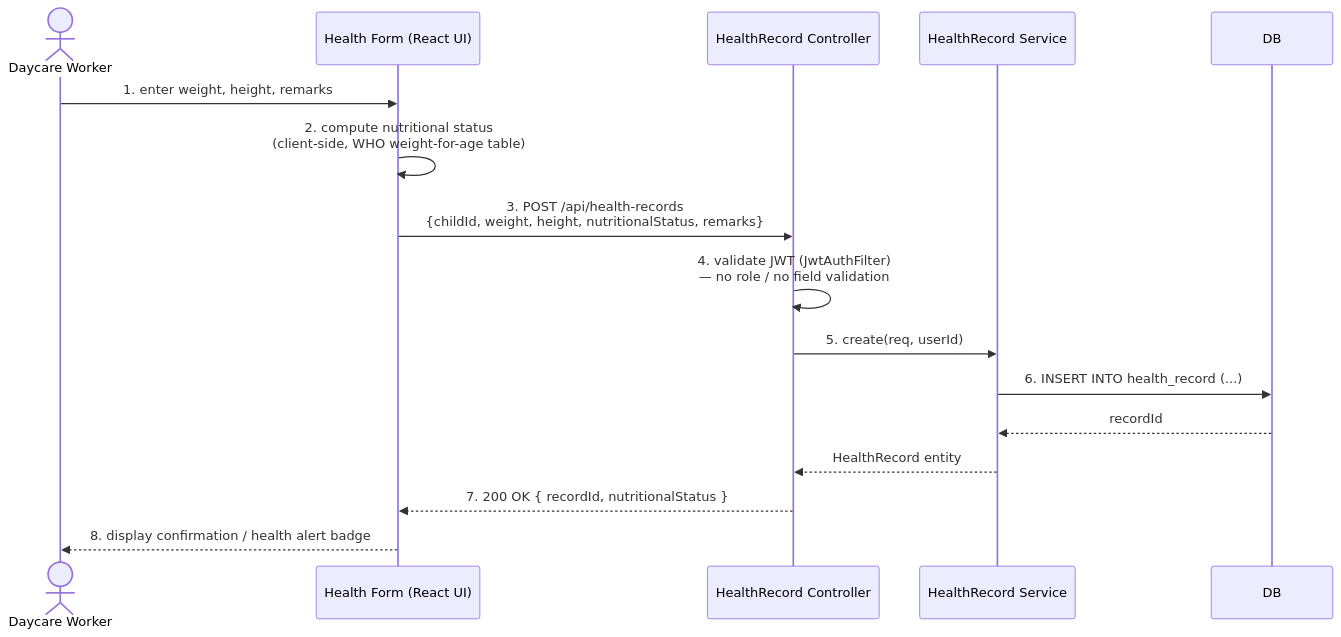
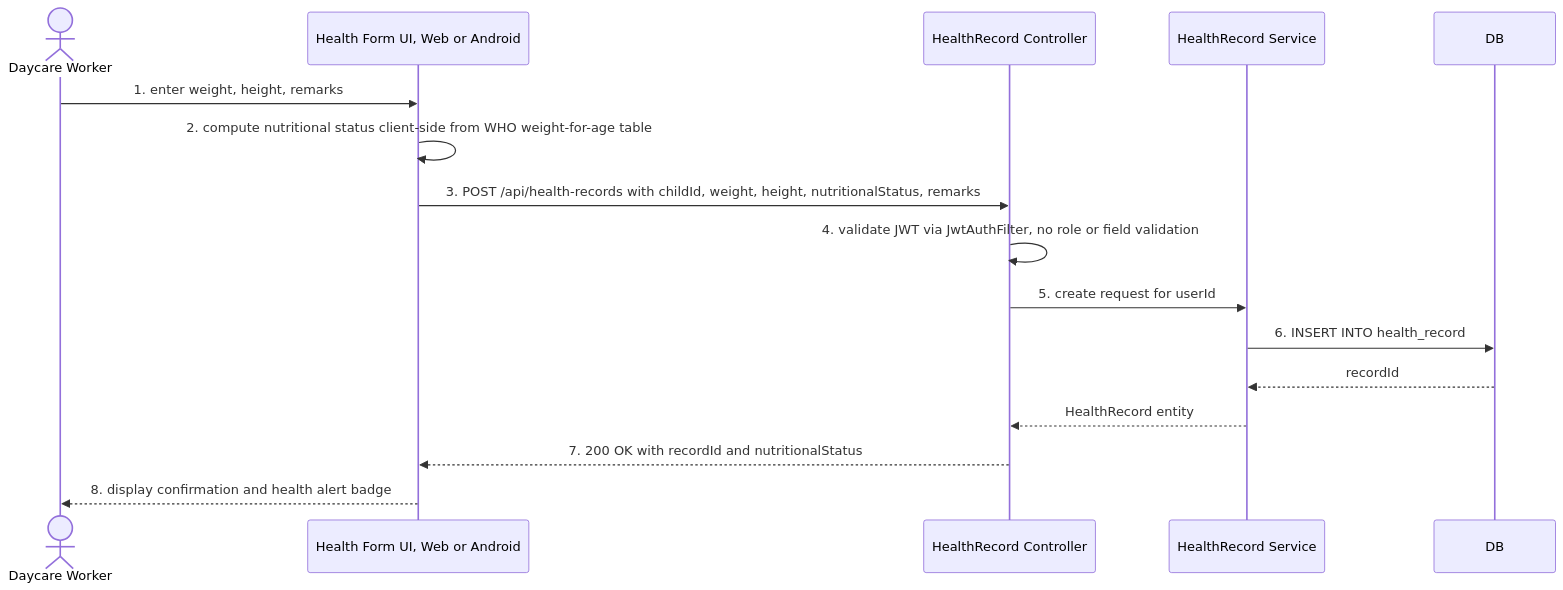
The fourth of 4 diagrams in docs/SRS_v2.1_revised.md (earl1605/daycarelog), drawn with Mermaid before and after one commit. The commit also changed other lines of this file, not shown here.

First line of the commit message:
fix(docs): make SRS Mermaid diagrams render on GitHub

````diff
--- a/docs/SRS_v2.1_revised.md
+++ b/docs/SRS_v2.1_revised.md
@@ -337,19 +337,19 @@
 ```mermaid
 sequenceDiagram
     actor DW as Daycare Worker
-    participant UI as Health Form (React UI)
+    participant UI as Health Form UI, Web or Android
     participant Ctrl as HealthRecord Controller
     participant Svc as HealthRecord Service
     participant DB as DB
 
     DW->>UI: 1. enter weight, height, remarks
-    UI->>UI: 2. compute nutritional status<br/>(client-side, WHO weight-for-age table)
-    UI->>Ctrl: 3. POST /api/health-records<br/>{childId, weight, height, nutritionalStatus, remarks}
-    Ctrl->>Ctrl: 4. validate JWT (JwtAuthFilter)<br/>— no role / no field validation
-    Ctrl->>Svc: 5. create(req, userId)
-    Svc->>DB: 6. INSERT INTO health_record (...)
+    UI->>UI: 2. compute nutritional status client-side from WHO weight-for-age table
+    UI->>Ctrl: 3. POST /api/health-records with childId, weight, height, nutritionalStatus, remarks
+    Ctrl->>Ctrl: 4. validate JWT via JwtAuthFilter, no role or field validation
+    Ctrl->>Svc: 5. create request for userId
+    Svc->>DB: 6. INSERT INTO health_record
     DB-->>Svc: recordId
     Svc-->>Ctrl: HealthRecord entity
-    Ctrl-->>UI: 7. 200 OK { recordId, nutritionalStatus }
-    UI-->>DW: 8. display confirmation / health alert badge
+    Ctrl-->>UI: 7. 200 OK with recordId and nutritionalStatus
+    UI-->>DW: 8. display confirmation and health alert badge
 ```
````
